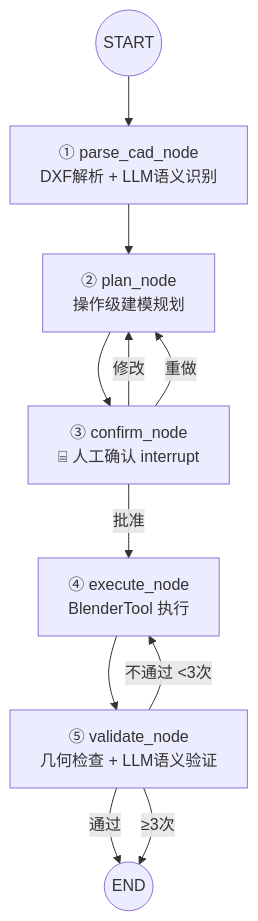
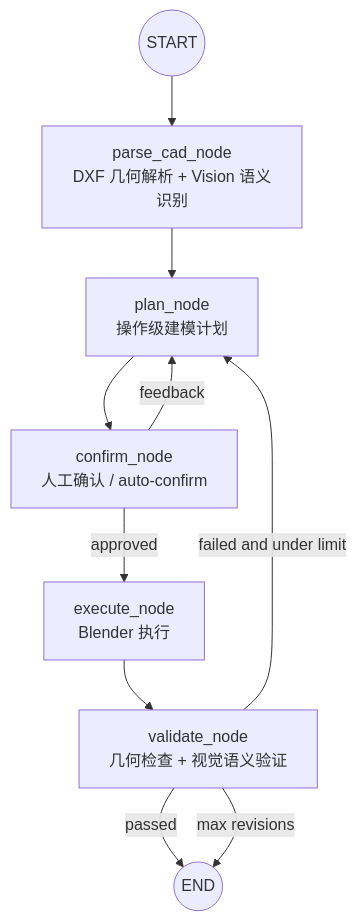
The diagram in README.md (GAO-SHIQING/cad-to-3d-agent), drawn with Mermaid before and after one commit. The commit also changed other lines of this file and 13 other files, not shown here.

````diff
--- a/README.md
+++ b/README.md
@@ -11,13 +11,12 @@
 ```mermaid
 graph TD
-    START((START)) --> parse[① parse_cad_node<br/>DXF解析 + LLM语义识别]
-    parse --> plan[② plan_node<br/>操作级建模规划]
-    plan --> confirm[③ confirm_node<br/>⌸ 人工确认 interrupt]
-    confirm -->|批准| execute[④ execute_node<br/>BlenderTool 执行]
-    confirm -->|修改| plan
-    confirm -->|重做| plan
-    execute --> validate[⑤ validate_node<br/>几何检查 + LLM语义验证]
-    validate -->|通过| END((END))
-    validate -->|不通过 &lt;3次| execute
-    validate -->|≥3次| END
+    START((START)) --> parse[parse_cad_node<br/>DXF 几何解析 + Vision 语义识别]
+    parse --> plan[plan_node<br/>操作级建模计划]
+    plan --> confirm[confirm_node<br/>人工确认 / auto-confirm]
+    confirm -->|approved| execute[execute_node<br/>Blender 执行]
+    confirm -->|feedback| plan
+    execute --> validate[validate_node<br/>几何检查 + 视觉语义验证]
+    validate -->|passed| END((END))
+    validate -->|failed and under limit| plan
+    validate -->|max revisions| END
 ```
````
